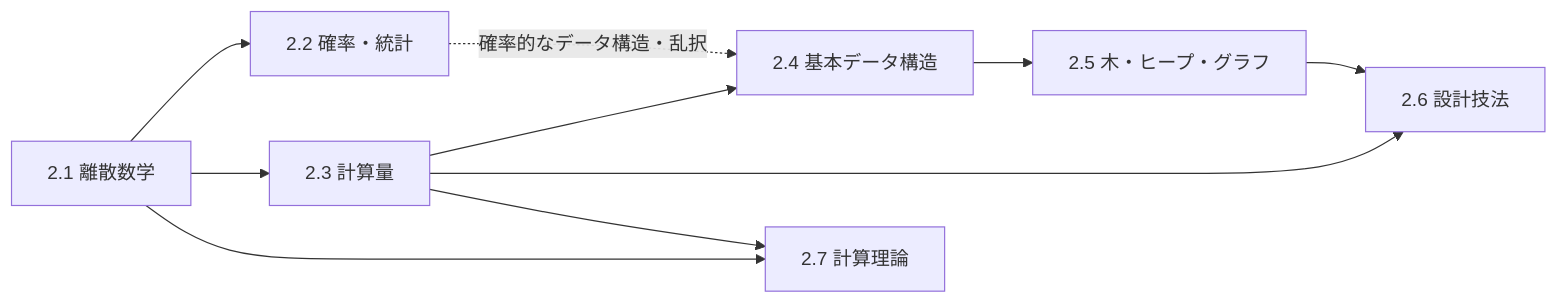
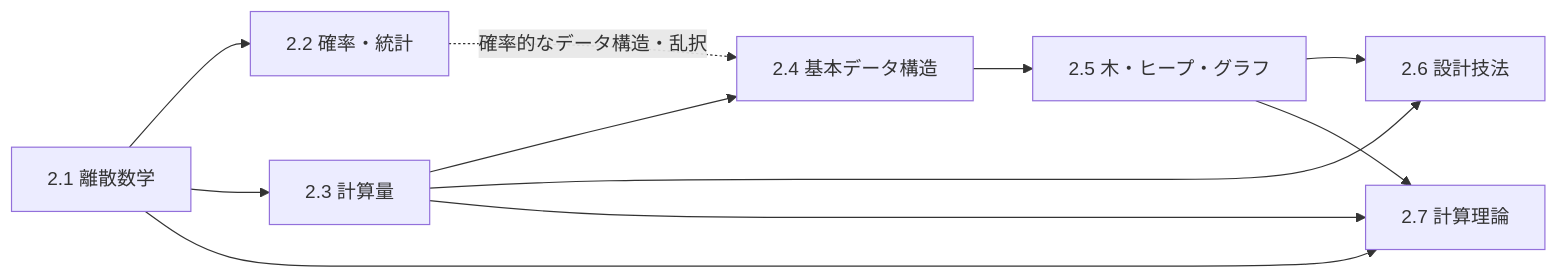
Before and after one commit to raku1chi/study-cs: the diagram in 02-math-and-algorithms/README.md, drawn with Mermaid. The commit also changed other lines of this file and 5 other files, not shown here.

````diff
--- a/02-math-and-algorithms/README.md
+++ b/02-math-and-algorithms/README.md
@@ -33,12 +33,13 @@
 ```mermaid
 flowchart LR
   C1["2.1 離散数学"] --> C2["2.2 確率・統計"]
   C1 --> C3["2.3 計算量"]
   C3 --> C4["2.4 基本データ構造"]
   C4 --> C5["2.5 木・ヒープ・グラフ"]
   C5 --> C6["2.6 設計技法"]
   C3 --> C6
   C1 --> C7["2.7 計算理論"]
   C3 --> C7
+  C5 --> C7
   C2 -.->|"確率的なデータ構造・乱択"| C4
 ```
````
